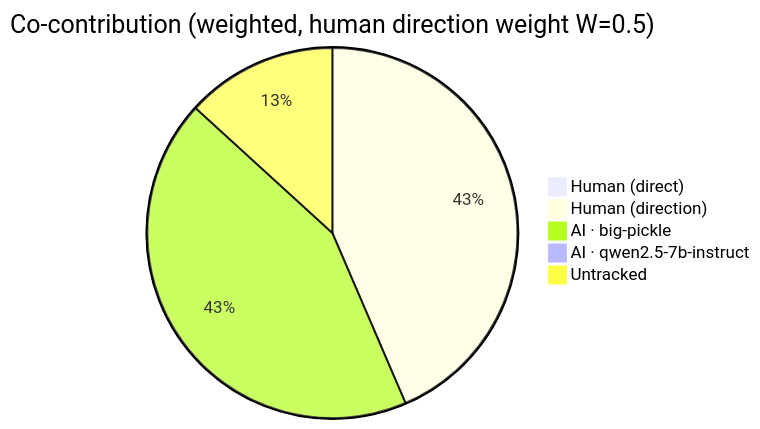
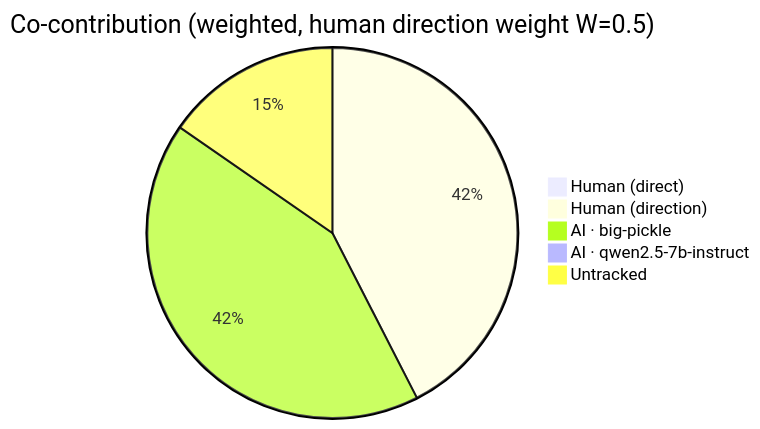
One commit to CaliMark/game-of-life changed the first of 7 diagrams in AI-AUTHORSHIP.md. Above: the diagram before and after it, drawn with Mermaid. The commit also changed other lines of this file and 1 other file, not shown here.

````diff
--- a/AI-AUTHORSHIP.md
+++ b/AI-AUTHORSHIP.md
@@ -23,8 +23,8 @@
 ```mermaid
 pie title Co-contribution (weighted, human direction weight W=0.5)
-    "Human (direct)" : 1
+    "Human (direct)" : 0
     "Human (direction)" : 293
     "AI · big-pickle" : 291
     "AI · qwen2.5-7b-instruct" : 1
-    "Untracked" : 89
+    "Untracked" : 106
 ```
````
